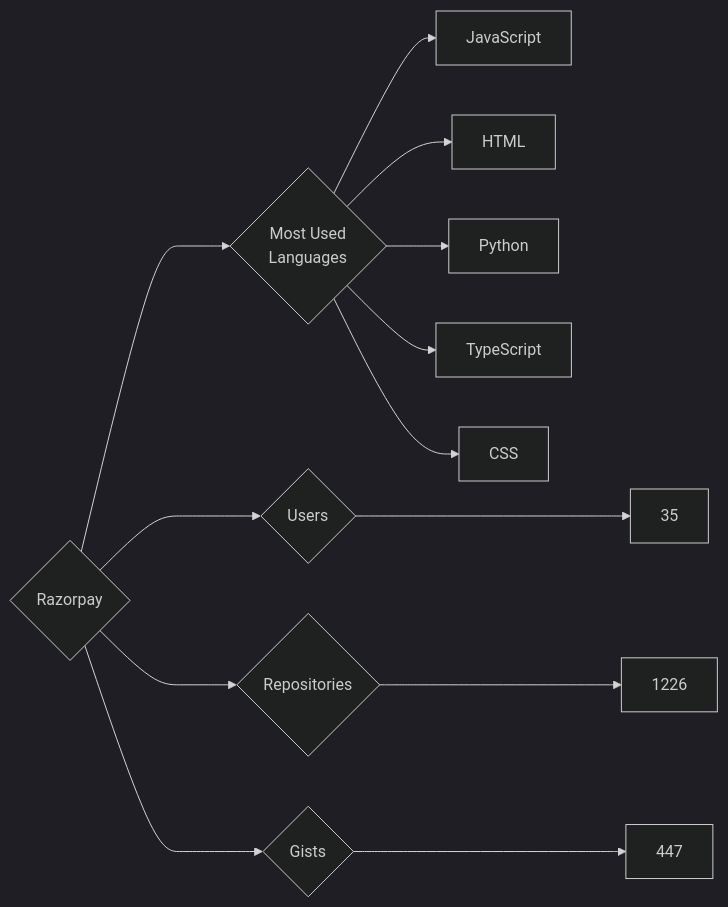
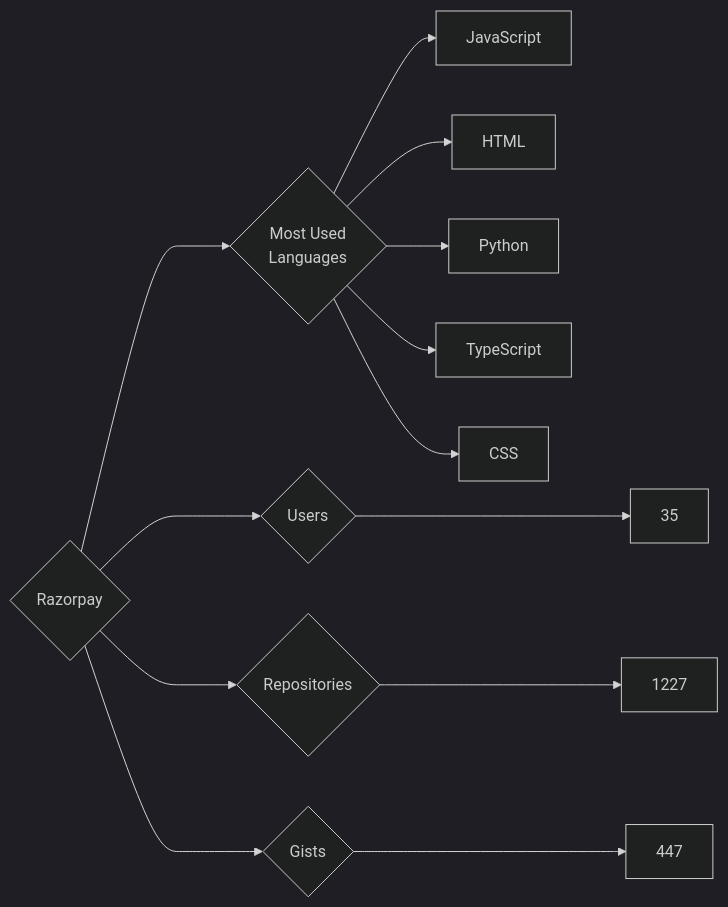
Before and after one commit to trickest/insiders: the diagram in targets/Razorpay/README.md, drawn with Mermaid (dark theme). The commit also changed 920 other files, not shown here.

````diff
--- a/targets/Razorpay/README.md
+++ b/targets/Razorpay/README.md
@@ -3,13 +3,13 @@
 ```mermaid
 graph LR
 COMPANY_NAME{Razorpay}
 COMPANY_NAME ---> U{Users} ---> UN[35]
-COMPANY_NAME ---> R{Repositories} ---> RN[1226]
+COMPANY_NAME ---> R{Repositories} ---> RN[1227]
 COMPANY_NAME ---> G{Gists} ---> GN[447]
 COMPANY_NAME ---> ML{Most Used<br>Languages}
 ML --> JavaScript[JavaScript]
 ML --> HTML[HTML]
 ML --> Python[Python]
 ML --> TypeScript[TypeScript]
 ML --> CSS[CSS]
 ```
````
